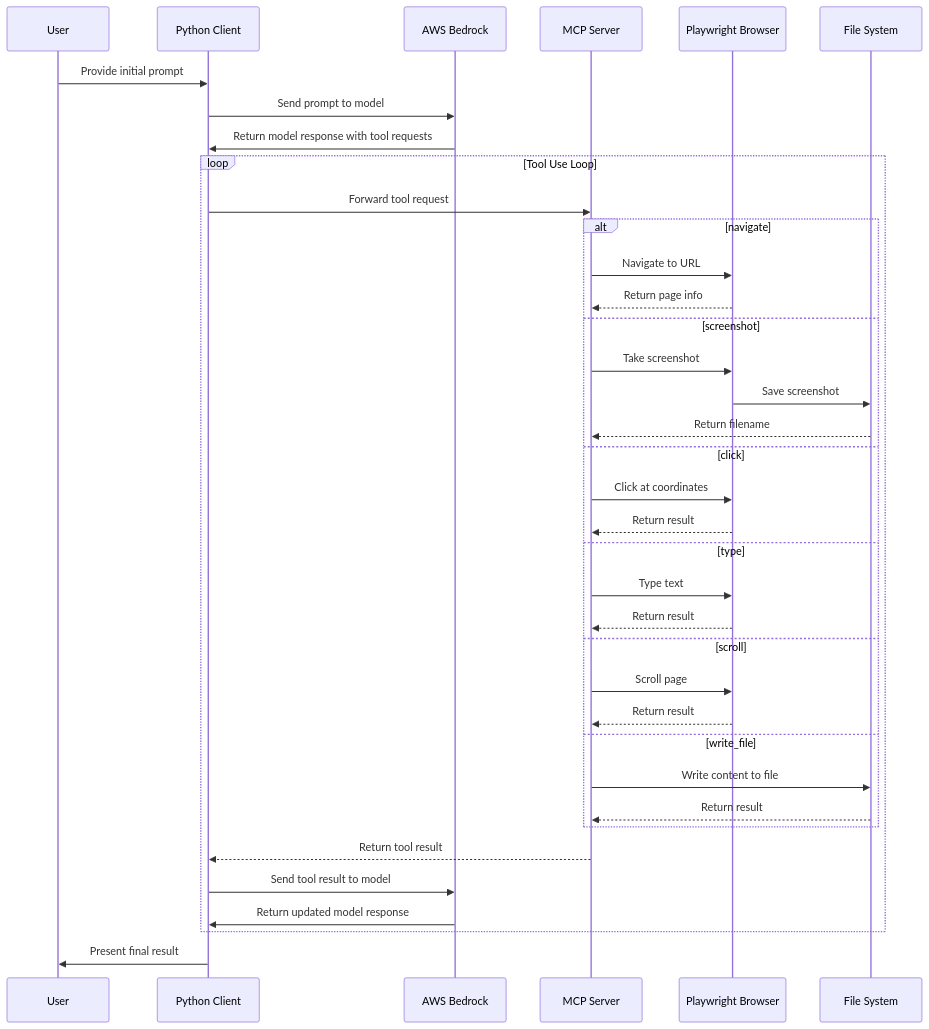
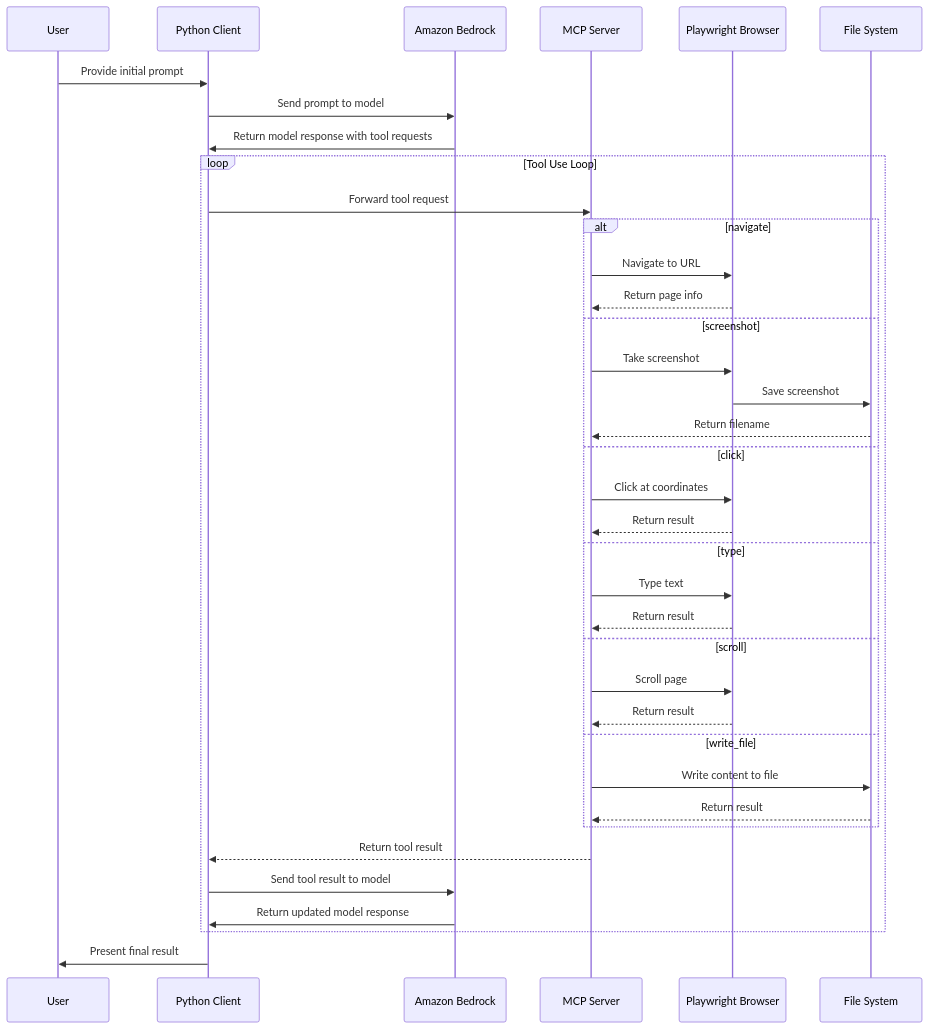
One commit to aws-samples/sample-agentic-ai-web changed the second of 2 diagrams in Python/threat-model-analysis.md. Above: the diagram before and after it, drawn with Mermaid. The commit also changed other lines of this file and 24 other files, not shown here.

````diff
--- a/Python/threat-model-analysis.md
+++ b/Python/threat-model-analysis.md
@@ -72,44 +72,44 @@
 ```mermaid
 sequenceDiagram
     participant User
     participant Client as Python Client
-    participant Bedrock as AWS Bedrock
+    participant Bedrock as Amazon Bedrock
     participant MCP as MCP Server
     participant Browser as Playwright Browser
     participant FileSystem as File System
     
     User->>Client: Provide initial prompt
     Client->>Bedrock: Send prompt to model
     Bedrock->>Client: Return model response with tool requests
     
     loop Tool Use Loop
         Client->>MCP: Forward tool request
         
         alt navigate
             MCP->>Browser: Navigate to URL
             Browser-->>MCP: Return page info
         else screenshot
             MCP->>Browser: Take screenshot
             Browser->>FileSystem: Save screenshot
             FileSystem-->>MCP: Return filename
         else click
             MCP->>Browser: Click at coordinates
             Browser-->>MCP: Return result
         else type
             MCP->>Browser: Type text
             Browser-->>MCP: Return result
         else scroll
             MCP->>Browser: Scroll page
             Browser-->>MCP: Return result
         else write_file
             MCP->>FileSystem: Write content to file
             FileSystem-->>MCP: Return result
         end
         
         MCP-->>Client: Return tool result
         Client->>Bedrock: Send tool result to model
         Bedrock->>Client: Return updated model response
     end
     
     Client->>User: Present final result
 ```
````
